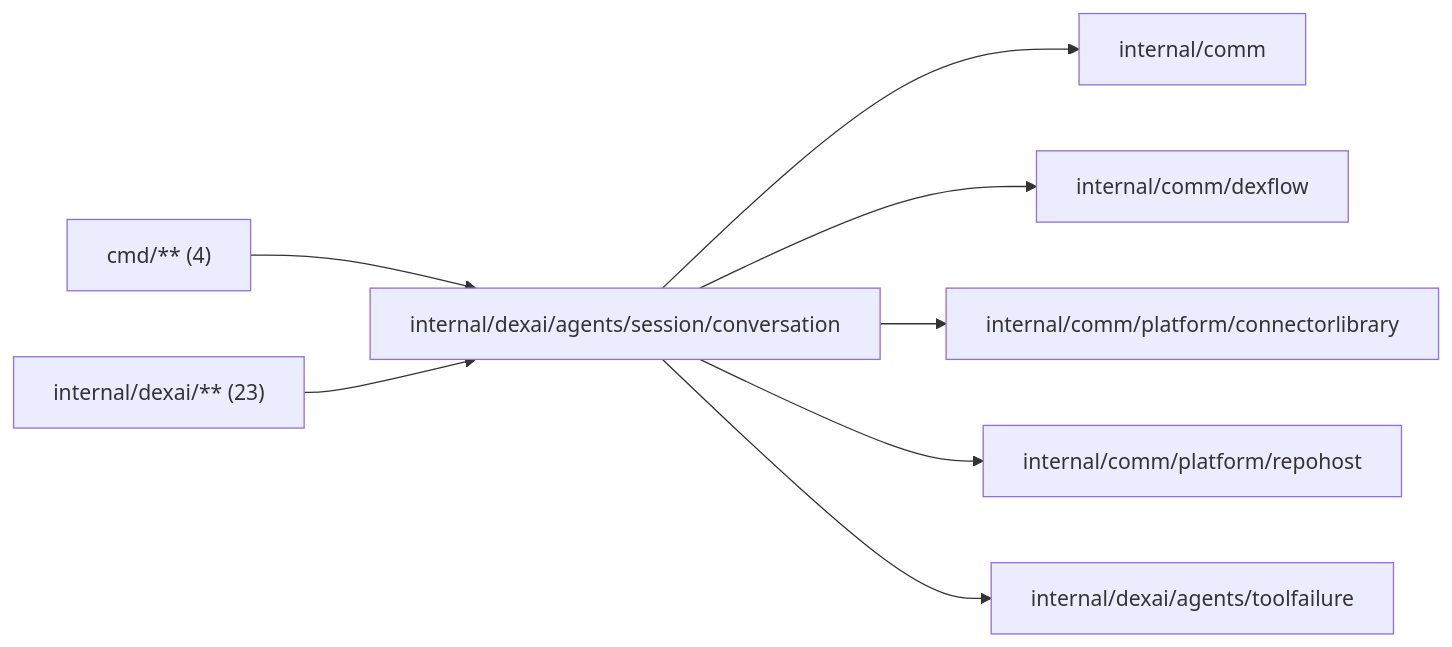
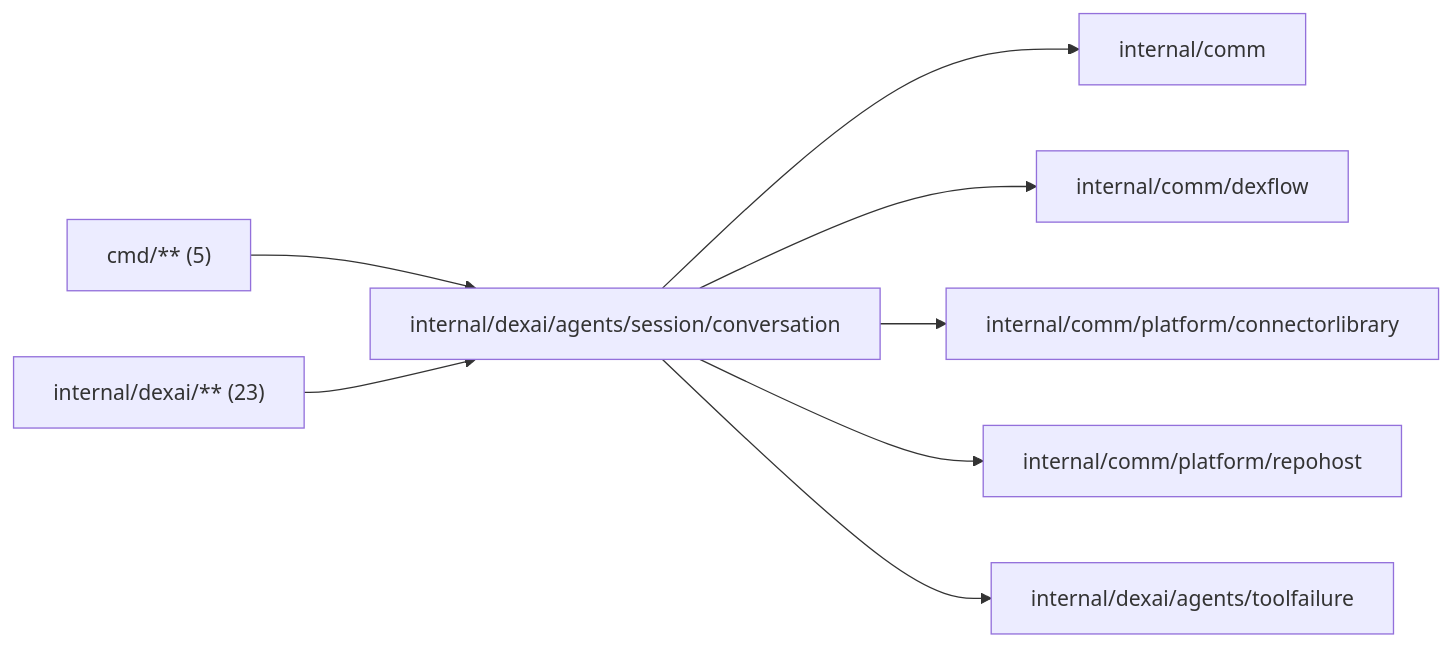
Before and after one commit to superdurable/superverse: the diagram in internal/dexai/agents/session/conversation/README.md, drawn with Mermaid. The commit also changed other lines of this file and 34 other files, not shown here.

````diff
--- a/internal/dexai/agents/session/conversation/README.md
+++ b/internal/dexai/agents/session/conversation/README.md
@@ -10,11 +10,11 @@
 ```mermaid
 flowchart LR
   self["internal/dexai/agents/session/conversation"]
-  c0["cmd/** (4)"] --> self
+  c0["cmd/** (5)"] --> self
   c1["internal/dexai/** (23)"] --> self
   self --> d0["internal/comm"]
   self --> d1["internal/comm/dexflow"]
   self --> d2["internal/comm/platform/connectorlibrary"]
   self --> d3["internal/comm/platform/repohost"]
   self --> d4["internal/dexai/agents/toolfailure"]
 ```
````
